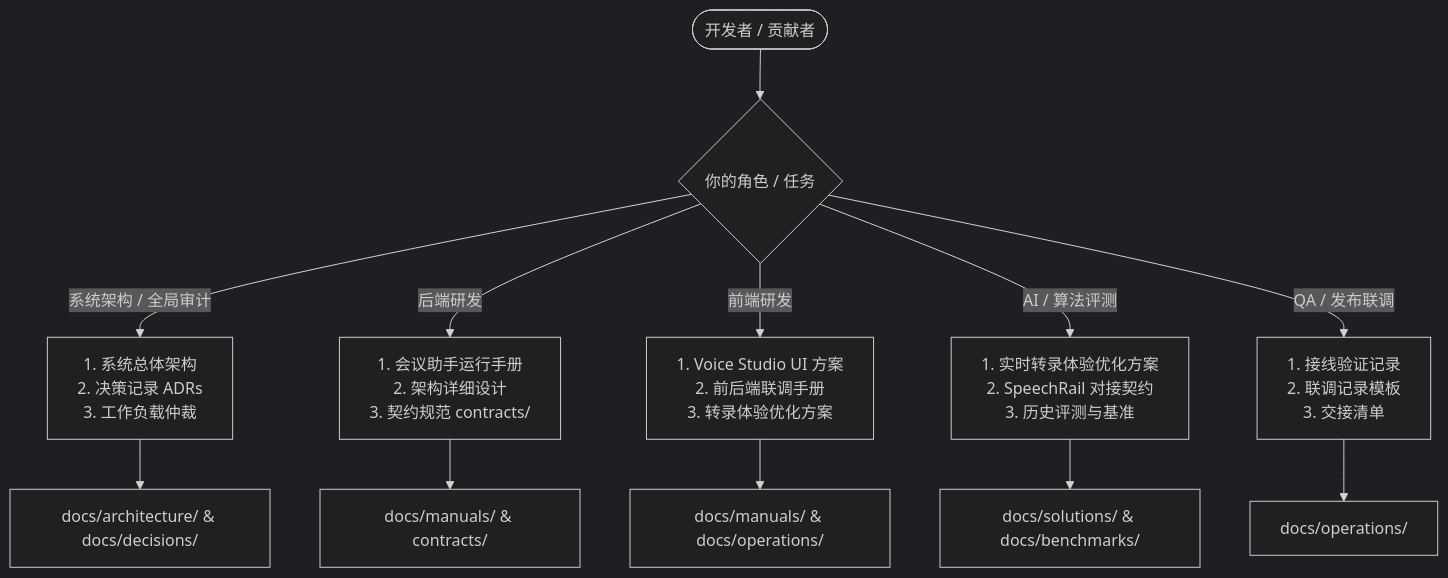
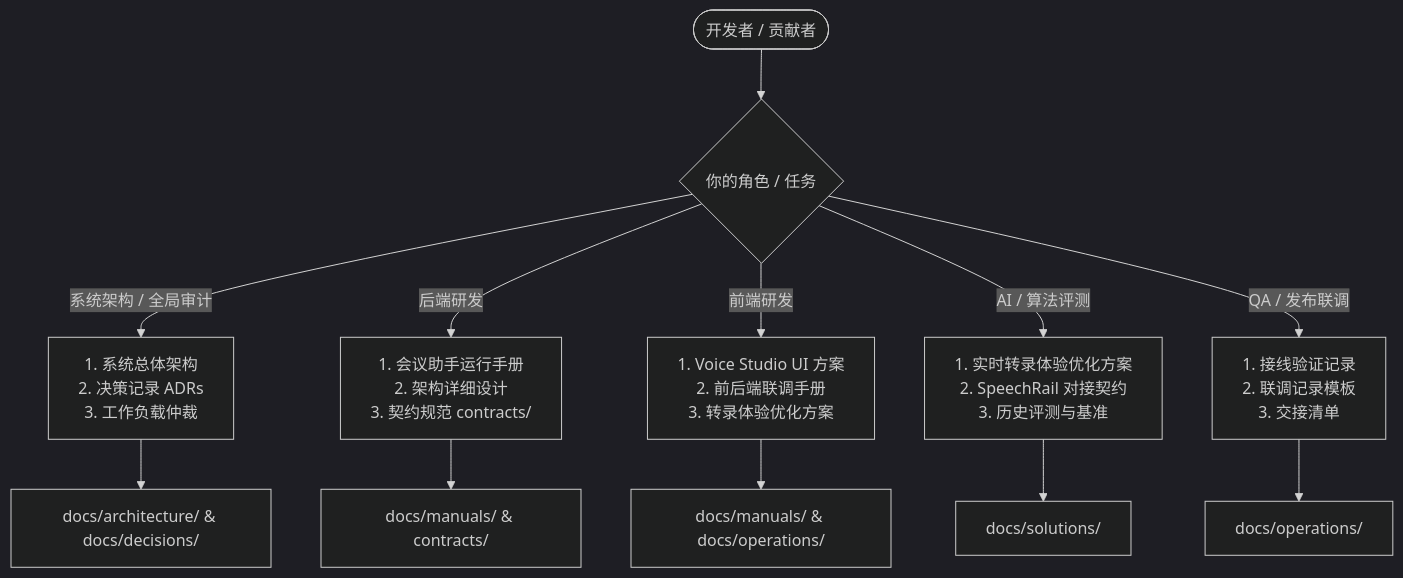
One commit to hrygo/voice-realtime changed the diagram in docs/README.md. Above: the diagram before and after it, drawn with Mermaid (dark theme). The commit also changed other lines of this file and 18 other files, not shown here.

````diff
--- a/docs/README.md
+++ b/docs/README.md
@@ -115,16 +107,16 @@
 ```mermaid
 graph TD
     User([开发者 / 贡献者]) --> Role{你的角色 / 任务}
     
     Role -->|系统架构 / 全局审计| Arc[1. 系统总体架构<br/>2. 决策记录 ADRs<br/>3. 工作负载仲裁]
     Role -->|后端研发| Be[1. 会议助手运行手册<br/>2. 架构详细设计<br/>3. 契约规范 contracts/]
     Role -->|前端研发| Fe[1. Voice Studio UI 方案<br/>2. 前后端联调手册<br/>3. 转录体验优化方案]
     Role -->|AI / 算法评测| Algo[1. 实时转录体验优化方案<br/>2. SpeechRail 对接契约<br/>3. 历史评测与基准]
     Role -->|QA / 发布联调| Qa[1. 接线验证记录<br/>2. 联调记录模板<br/>3. 交接清单]
 
     Arc --> ArcDocs[docs/architecture/ & docs/decisions/]
     Be --> BeDocs[docs/manuals/ & contracts/]
     Fe --> FeDocs[docs/manuals/ & docs/operations/]
-    Algo --> AlgoDocs[docs/solutions/ & docs/benchmarks/]
+    Algo --> AlgoDocs[docs/solutions/]
     Qa --> QaDocs[docs/operations/]
 ```
````
